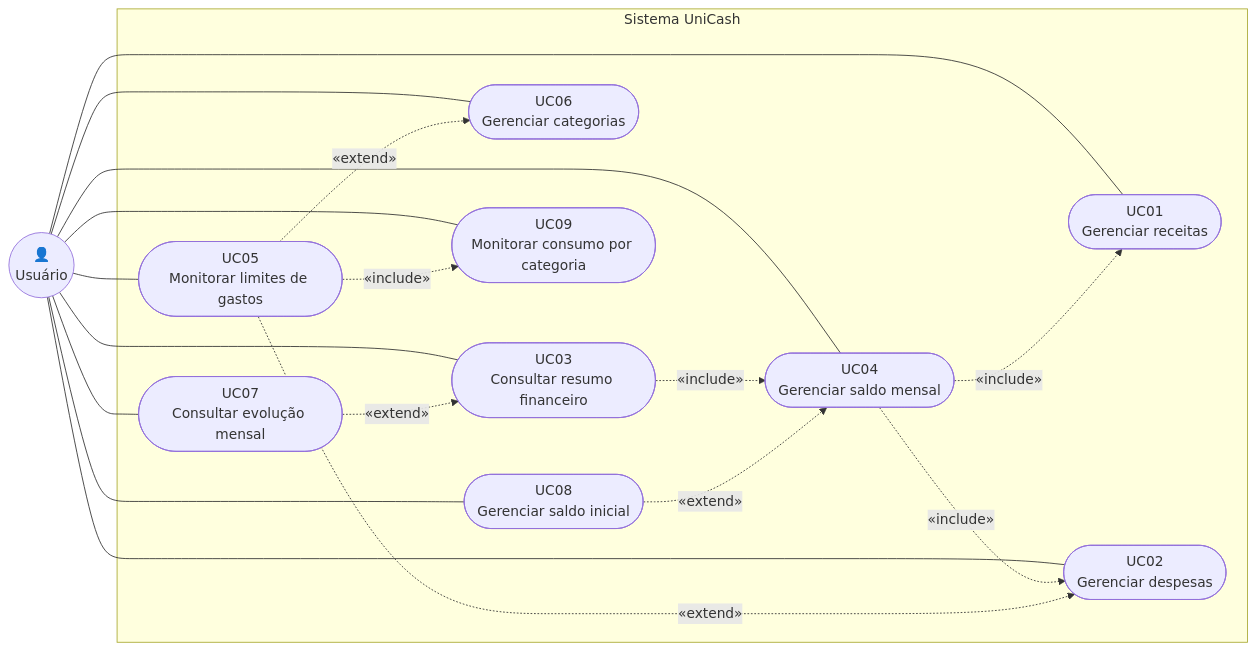
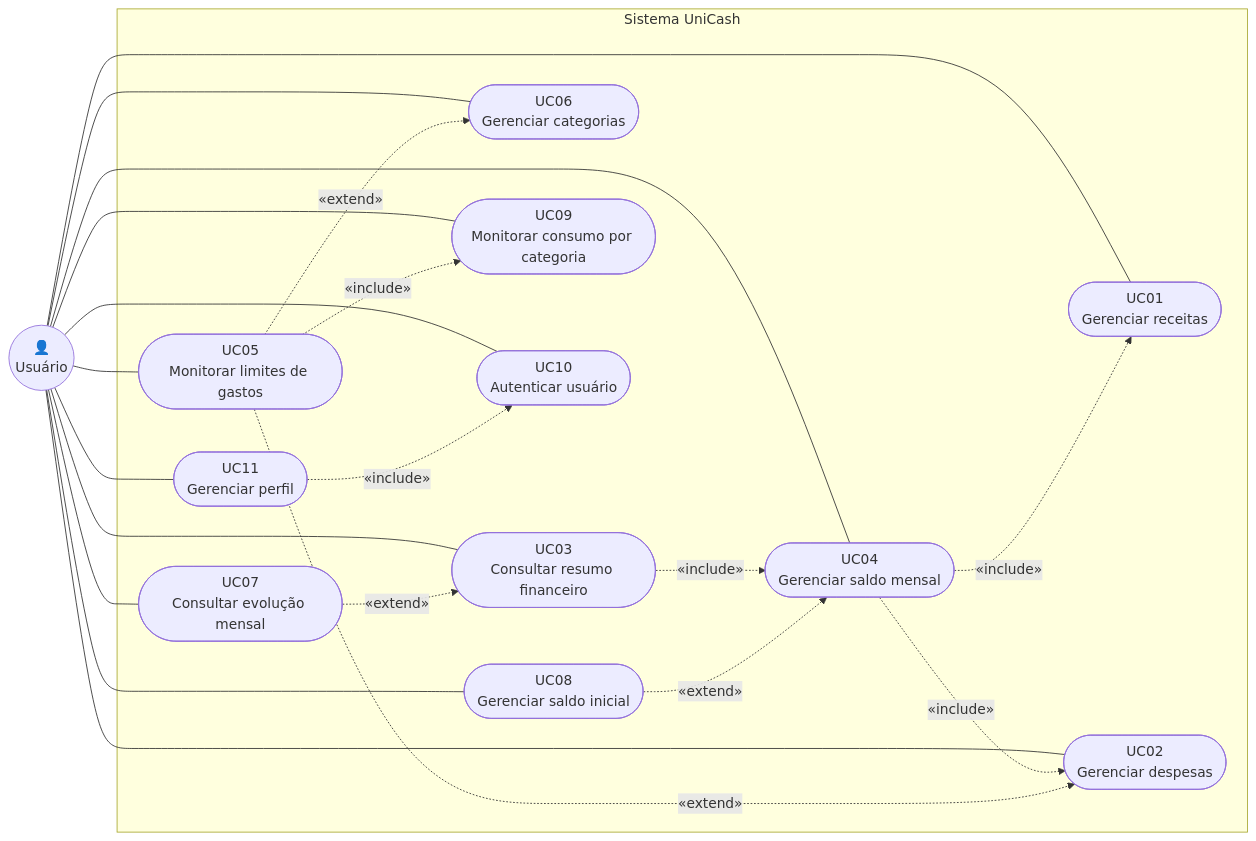
One commit to mdsreq-fga-unb/REQ-2026.2-T02-UniCash changed the diagram in unicash/docs/casos_de_uso.md. Above: the diagram before and after it, drawn with Mermaid. The commit also changed other lines of this file, not shown here.

````diff
--- a/unicash/docs/casos_de_uso.md
+++ b/unicash/docs/casos_de_uso.md
@@ -8,35 +8,40 @@
 ```mermaid
 flowchart LR
     U(("👤<br/>Usuário"))
  
     subgraph UniCash["Sistema UniCash"]
         UC01([UC01<br/>Gerenciar receitas])
         UC02([UC02<br/>Gerenciar despesas])
         UC03([UC03<br/>Consultar resumo financeiro])
         UC04([UC04<br/>Gerenciar saldo mensal])
         UC05([UC05<br/>Monitorar limites de gastos])
         UC06([UC06<br/>Gerenciar categorias])
         UC07([UC07<br/>Consultar evolução mensal])
         UC08([UC08<br/>Gerenciar saldo inicial])
         UC09([UC09<br/>Monitorar consumo por categoria])
+        UC10([UC10<br/>Autenticar usuário])
+        UC11([UC11<br/>Gerenciar perfil])
     end
  
     U --- UC01
     U --- UC02
     U --- UC03
     U --- UC04
     U --- UC05
     U --- UC06
     U --- UC07
     U --- UC08
     U --- UC09
+    U --- UC10
+    U --- UC11
  
     UC04 -.->|"«include»"| UC01
     UC04 -.->|"«include»"| UC02
     UC03 -.->|"«include»"| UC04
     UC05 -.->|"«include»"| UC09
     UC07 -.->|"«extend»"| UC03
     UC08 -.->|"«extend»"| UC04
     UC05 -.->|"«extend»"| UC02
     UC05 -.->|"«extend»"| UC06
+    UC11 -.->|"«include»"| UC10
 ```
````
